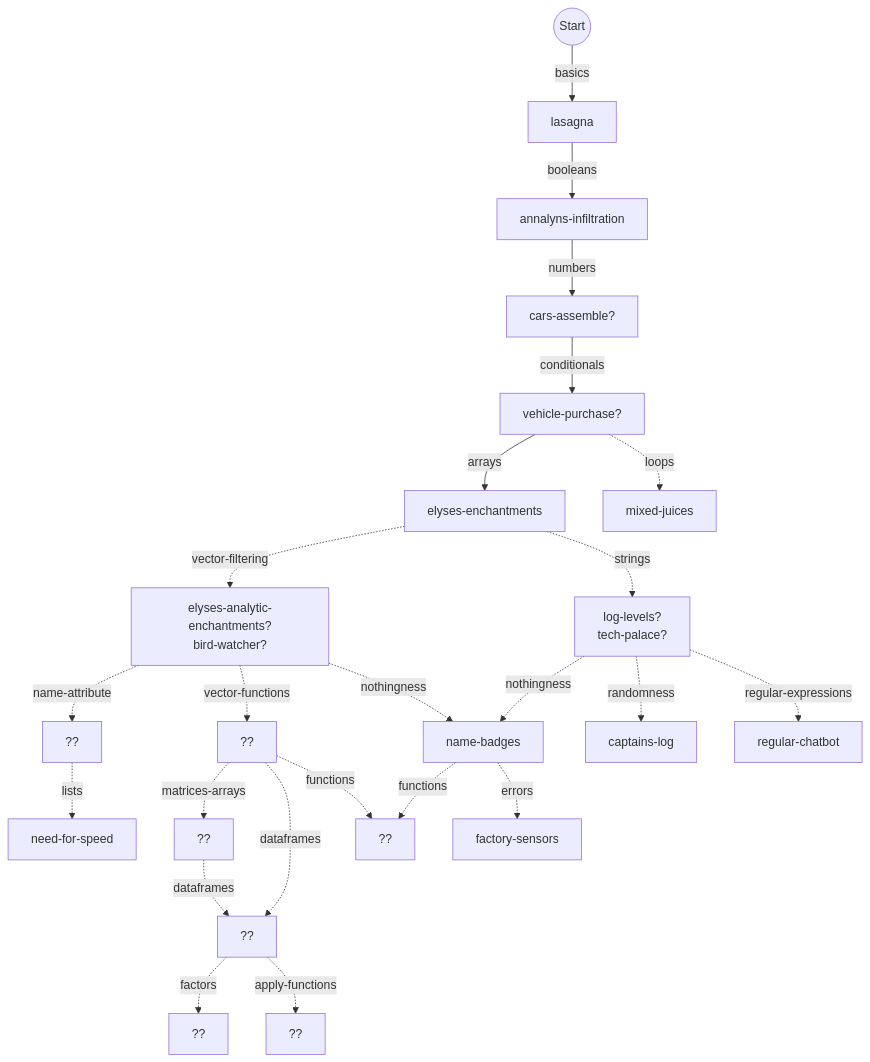
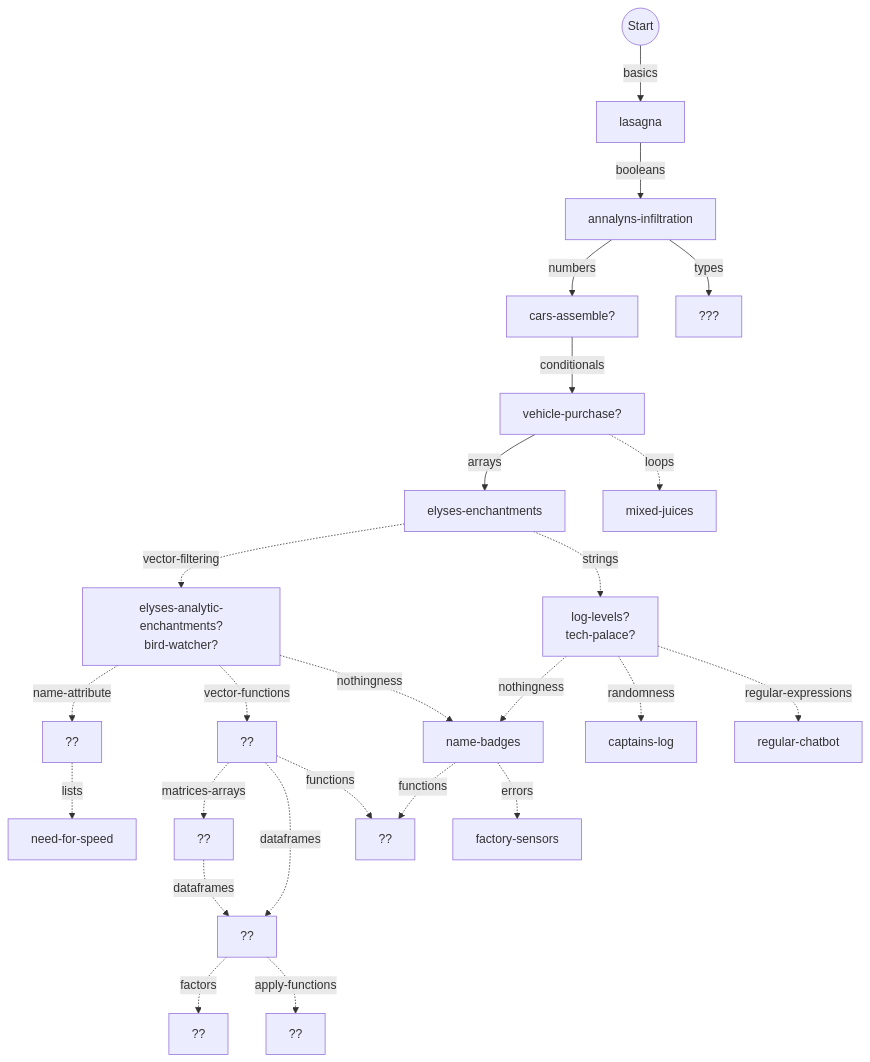
The diagram in julia/flowchart.md (colinleach/learning-track-doodles), drawn with Mermaid before and after one commit.

Commit message:
small addition

````diff
--- a/julia/flowchart.md
+++ b/julia/flowchart.md
@@ -11,67 +11,70 @@
 ```mermaid
 graph TD
     
 start(("Start")) --basics--> basics["lasagna"]
 %% style basics fill:#0f0
 
 basics --booleans--> booleans["annalyns-infiltration"]
 %% style booleans fill:#0f0
 
 booleans --numbers--> numbers["cars-assemble?"]
 %% style numbers fill:#0f0
+
+booleans --types--> types["???"]
+%% style types fill:#0f0
 
 numbers --conditionals--> conditionals["vehicle-purchase?"]
 %% style conditionals fill:#0f0
 
 conditionals --arrays--> arrays["elyses-enchantments"]
 %% style arrays stroke:#0f0
 
 conditionals -.loops.-> loops["mixed-juices"]
 %% style loops stroke:#0f0
 
 name-attribute -.lists.-> lists["need-for-speed"]
 
 arrays -.vector-filtering.-> vector-filtering["elyses-analytic-enchantments?<br/>bird-watcher?"]
 %% style vector-filtering stroke:#0f0
 
 vector-filtering -.name-attribute.-> name-attribute["??"]
 %% style name-attribute fill:#f00,color:#fff
 
 vector-filtering -.vector-functions.-> vector-functions["??"]
 %% style vector-functions stroke:#f00
 
 vector-filtering -.nothingness.-> nothingness["name-badges"]
 %% style vector-filtering stroke:#0f0
 
 arrays -.strings.-> strings["log-levels?<br/>tech-palace?"]
 %% style strings stroke:#0f0
 
 strings -.nothingness.-> nothingness["name-badges"]
 %% style nothingness stroke:#0f0
 
 strings -.randomness.-> randomness["captains-log"]
 %% style randomness stroke:#0f0
 
 strings -.regular-expressions.-> regular-expressions["regular-chatbot"]
 
 vector-functions -.matrices-arrays.-> matrices-arrays["??"]
 %% style matrices-arrays fill:#f00,color:#fff
 
 %% style apply-functions fill:#f00,color:#fff
 
 vector-functions -.dataframes.-> dataframes["??"]
 %% style dataframes fill:#f00,color:#fff
 
 matrices-arrays -.dataframes.-> dataframes
 dataframes -.factors.-> factors["??"]
 %% style factors fill:#f00,color:#fff
 
 dataframes -.apply-functions.-> apply-functions["??"]
 
 vector-functions -.functions.-> functions["??"]
 nothingness -.functions.-> functions["??"]
 %% style functions fill:#f00,color:#fff
 
 nothingness -.errors.-> errors["factory-sensors "]
 
 ```
````
